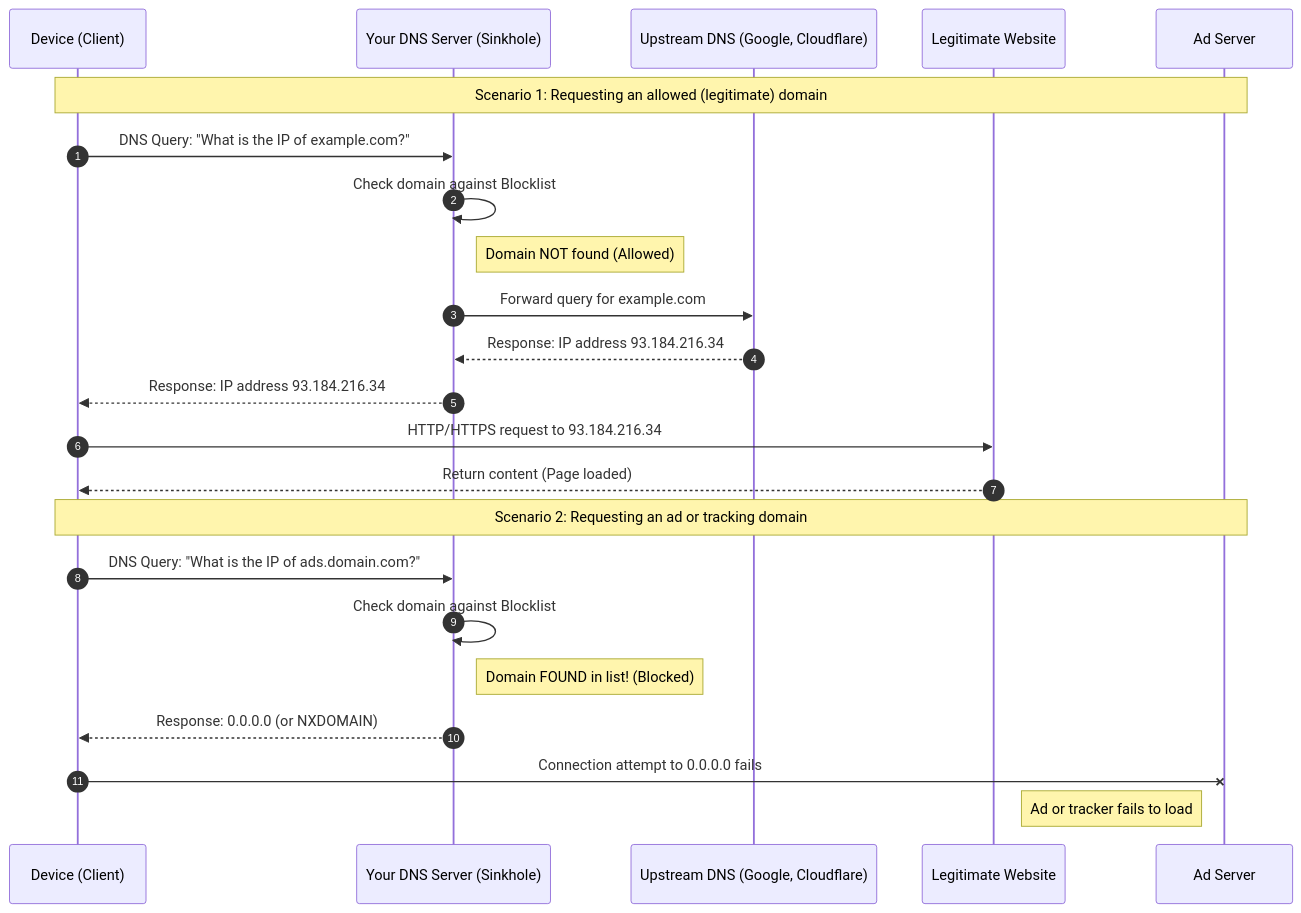
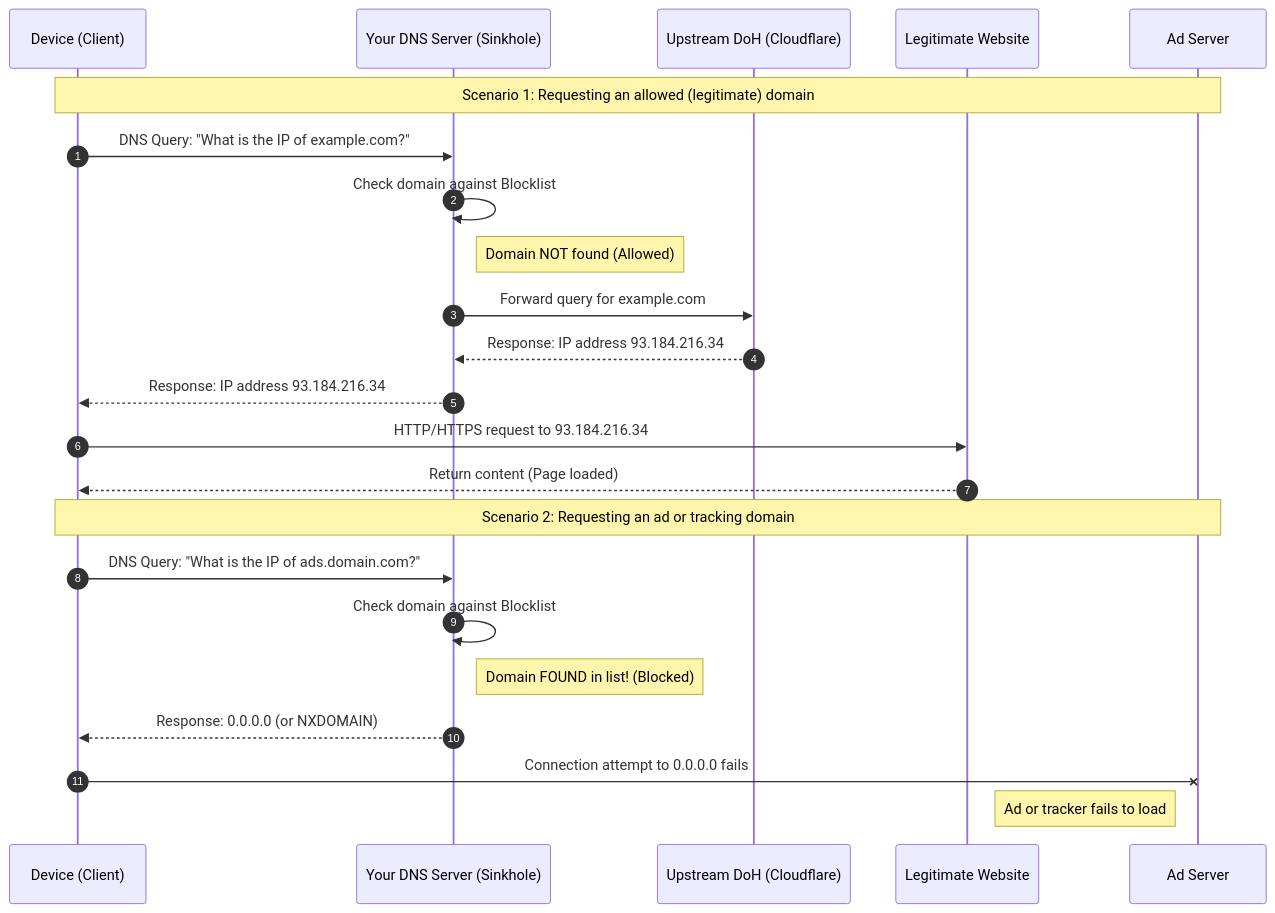
One commit to alextorq/dns-filter changed the diagram in README.md. Above: the diagram before and after it, drawn with Mermaid. The commit also changed other lines of this file and 8 other files, not shown here.

````diff
--- a/README.md
+++ b/README.md
@@ -6,27 +6,27 @@
 ```mermaid
 sequenceDiagram
 autonumber
 participant C as Device (Client)
 participant DNS as Your DNS Server (Sinkhole)
-participant Upstream as Upstream DNS (Google, Cloudflare)
+participant Upstream as Upstream DoH (Cloudflare)
 participant Web as Legitimate Website
 participant Ad as Ad Server
 
     Note over C, Ad: Scenario 1: Requesting an allowed (legitimate) domain
     C->>DNS: DNS Query: "What is the IP of example.com?"
     DNS->>DNS: Check domain against Blocklist
     Note right of DNS: Domain NOT found (Allowed)
     DNS->>Upstream: Forward query for example.com
     Upstream-->>DNS: Response: IP address 93.184.216.34
     DNS-->>C: Response: IP address 93.184.216.34
     C->>Web: HTTP/HTTPS request to 93.184.216.34
     Web-->>C: Return content (Page loaded)
 
     Note over C, Ad: Scenario 2: Requesting an ad or tracking domain
     C->>DNS: DNS Query: "What is the IP of ads.domain.com?"
     DNS->>DNS: Check domain against Blocklist
     Note right of DNS: Domain FOUND in list! (Blocked)
     DNS-->>C: Response: 0.0.0.0 (or NXDOMAIN)
     C-xAd: Connection attempt to 0.0.0.0 fails
     Note left of Ad: Ad or tracker fails to load
 ```
````
